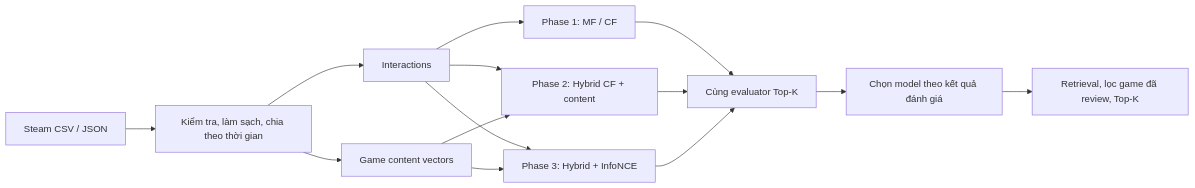
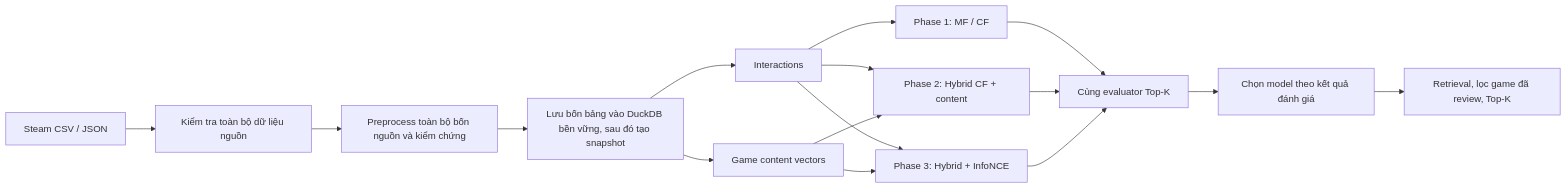
One commit to winner6426/steam-recommendation-system changed the diagram in architecture.md. Above: the diagram before and after it, drawn with Mermaid. The commit also changed other lines of this file and 1 other file, not shown here.

Commit message:
docs: update architecture and project plan

````diff
--- a/architecture.md
+++ b/architecture.md
@@ -22,16 +22,18 @@
 ```mermaid
 flowchart LR
-    D[Steam CSV / JSON] --> P[Kiểm tra, làm sạch, chia theo thời gian]
+    D[Steam CSV / JSON] --> Q[Kiểm tra toàn bộ dữ liệu nguồn]
+    Q --> B[Preprocess toàn bộ bốn nguồn và kiểm chứng]
+    B --> P[Lưu bốn bảng vào DuckDB bền vững, sau đó tạo snapshot]
     P --> I[Interactions]
     P --> C[Game content vectors]
     I --> M1[Phase 1: MF / CF]
     I --> M2[Phase 2: Hybrid CF + content]
     C --> M2
     I --> M3[Phase 3: Hybrid + InfoNCE]
     C --> M3
     M1 --> E[Cùng evaluator Top-K]
     M2 --> E
     M3 --> E
     E --> S[Chọn model theo kết quả đánh giá]
     S --> R[Retrieval, lọc game đã review, Top-K]
 ```
````
